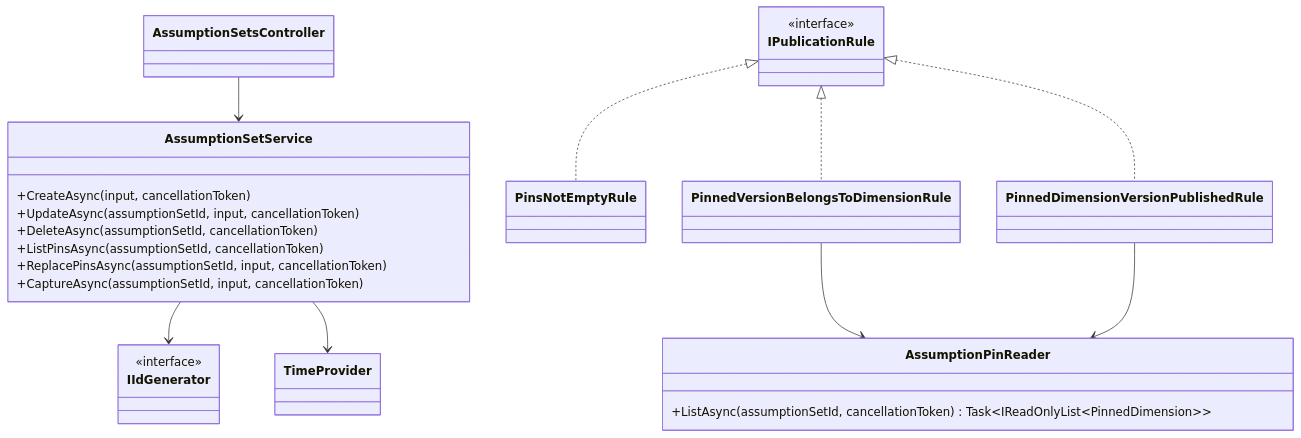
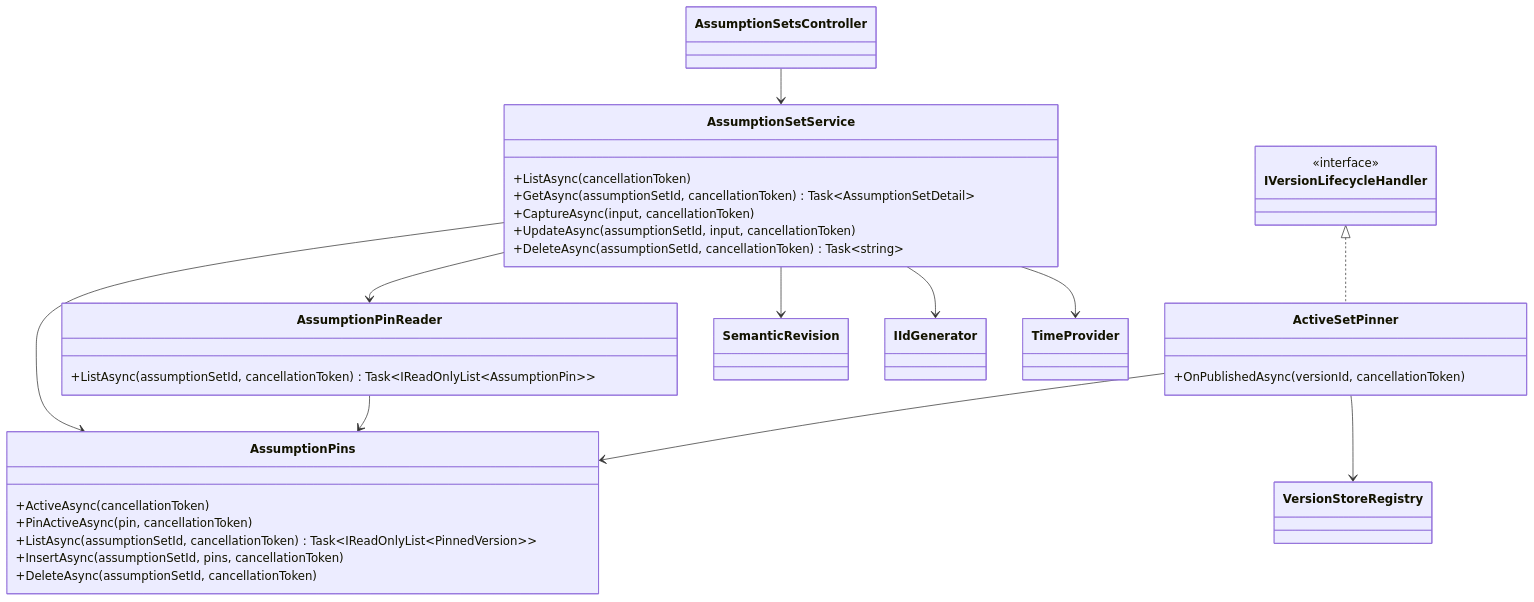
The eighth of 10 diagrams in api/docs/architecture/05-feature-classes.md (chrisaliotta/Quantalytix.QueryEngine.Admin), drawn with Mermaid before and after one commit. The commit also changed other lines of this file and 390 other files, not shown here.

First line of the commit message:
feat: enhance API documentation and architecture for versioning and assumption sets

````diff
--- a/api/docs/architecture/05-feature-classes.md
+++ b/api/docs/architecture/05-feature-classes.md
@@ -632,30 +609,38 @@
 ```mermaid
 classDiagram
     direction TB
     class AssumptionSetsController
     class AssumptionSetService {
-        +CreateAsync(input, cancellationToken)
+        +ListAsync(cancellationToken)
+        +GetAsync(assumptionSetId, cancellationToken) Task~AssumptionSetDetail~
+        +CaptureAsync(input, cancellationToken)
         +UpdateAsync(assumptionSetId, input, cancellationToken)
+        +DeleteAsync(assumptionSetId, cancellationToken) Task~string~
+    }
+    class AssumptionPins {
+        +ActiveAsync(cancellationToken)
+        +PinActiveAsync(pin, cancellationToken)
+        +ListAsync(assumptionSetId, cancellationToken) Task~IReadOnlyList~PinnedVersion~~
+        +InsertAsync(assumptionSetId, pins, cancellationToken)
         +DeleteAsync(assumptionSetId, cancellationToken)
-        +ListPinsAsync(assumptionSetId, cancellationToken)
-        +ReplacePinsAsync(assumptionSetId, input, cancellationToken)
-        +CaptureAsync(assumptionSetId, input, cancellationToken)
     }
     class AssumptionPinReader {
-        +ListAsync(assumptionSetId, cancellationToken) Task~IReadOnlyList~PinnedDimension~~
+        +ListAsync(assumptionSetId, cancellationToken) Task~IReadOnlyList~AssumptionPin~~
     }
-    class IIdGenerator {
-        <<interface>>
+    class ActiveSetPinner {
+        +OnPublishedAsync(versionId, cancellationToken)
     }
-    class IPublicationRule {
+    class IVersionLifecycleHandler {
         <<interface>>
     }
     AssumptionSetsController --> AssumptionSetService
+    AssumptionSetService --> AssumptionPins
+    AssumptionSetService --> AssumptionPinReader
+    AssumptionSetService --> SemanticRevision
     AssumptionSetService --> IIdGenerator
     AssumptionSetService --> TimeProvider
-    IPublicationRule <|.. PinsNotEmptyRule
-    IPublicationRule <|.. PinnedVersionBelongsToDimensionRule
-    IPublicationRule <|.. PinnedDimensionVersionPublishedRule
-    PinnedVersionBelongsToDimensionRule --> AssumptionPinReader
-    PinnedDimensionVersionPublishedRule --> AssumptionPinReader
+    AssumptionPinReader --> AssumptionPins
+    IVersionLifecycleHandler <|.. ActiveSetPinner
+    ActiveSetPinner --> AssumptionPins
+    ActiveSetPinner --> VersionStoreRegistry
 ```
````
